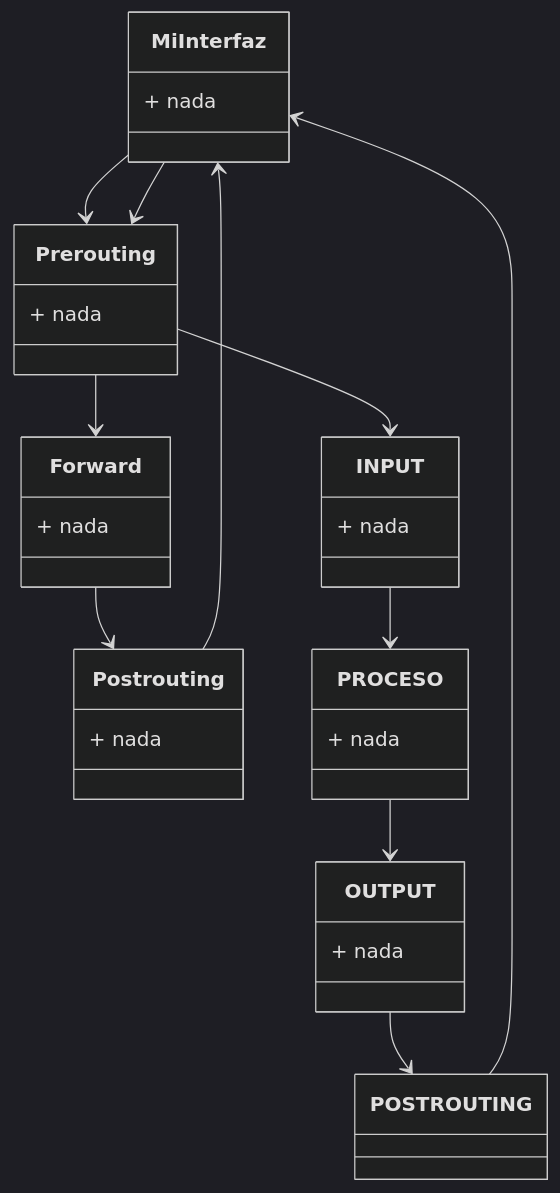
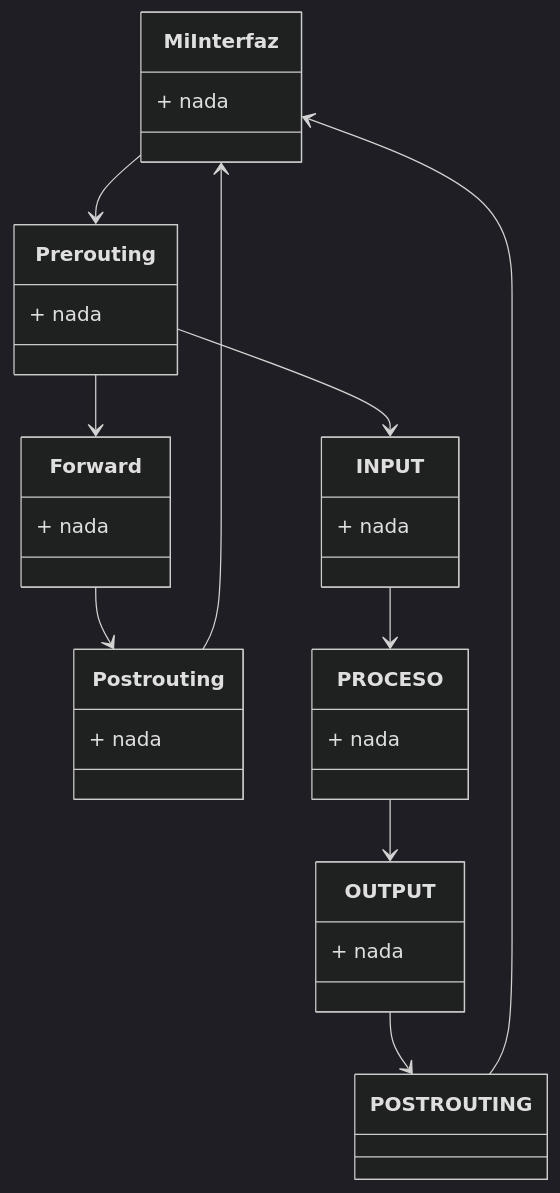
Before and after one commit to bvarelai/LSI: the diagram in Apuntes/apuntes.md, drawn with Mermaid (dark theme).

````diff
--- a/Apuntes/apuntes.md
+++ b/Apuntes/apuntes.md
@@ -789,34 +789,33 @@
 ```mermaid
 classDiagram
     class MiInterfaz {
       + nada
     }
     class Prerouting {
       + nada
     }
     class Postrouting {
       + nada
     }
     class Forward {
       + nada
     }
     class INPUT {
       + nada
     }
     class OUTPUT {
       + nada
     }
     class PROCESO {
       + nada
     }
 MiInterfaz --> Prerouting
 Prerouting --> Forward
 Forward --> Postrouting
 Postrouting --> MiInterfaz
-MiInterfaz --> Prerouting
 Prerouting --> INPUT
 INPUT --> PROCESO
 PROCESO --> OUTPUT
 OUTPUT --> POSTROUTING
 POSTROUTING --> MiInterfaz
 ```
````
